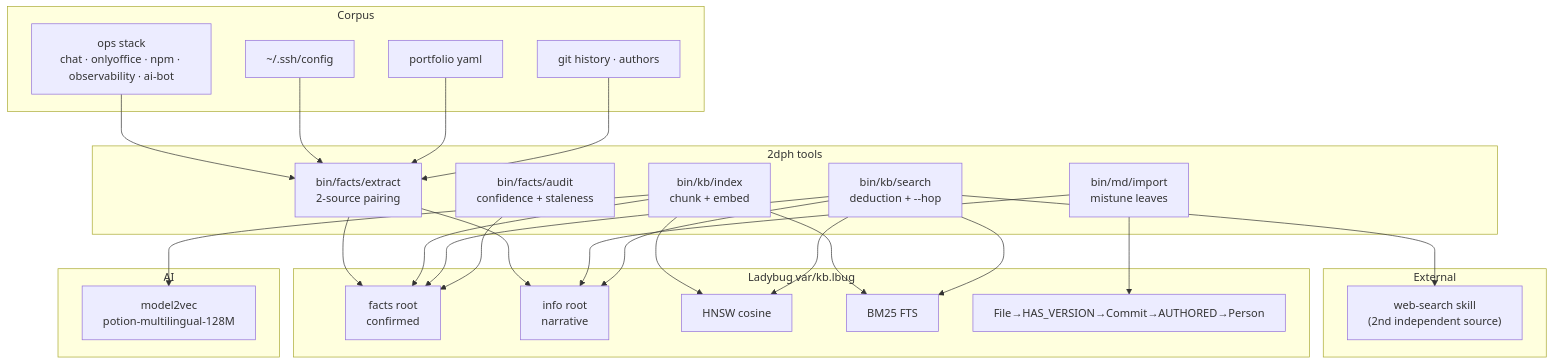
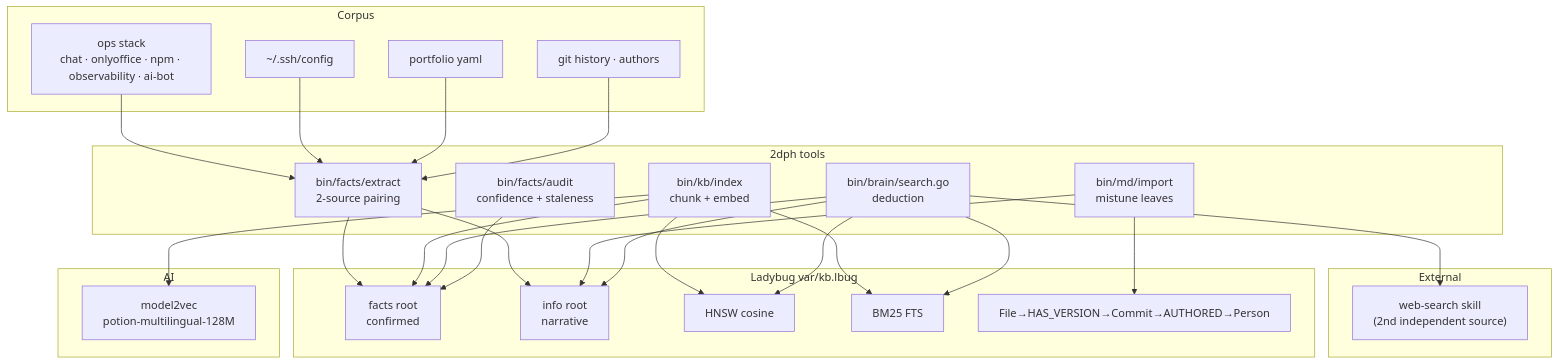
The diagram in README.md (eSlider/2dph), drawn with Mermaid before and after one commit. The commit also changed other lines of this file and 7 other files, not shown here.

First line of the commit message:
docs: name bin/brain/search.go; --hop is not a graph walk.

````diff
--- a/README.md
+++ b/README.md
@@ -21,52 +21,52 @@
 ```mermaid
 graph TB
     subgraph corpus["Corpus"]
         OPS["ops stack<br/>chat · onlyoffice · npm · observability · ai-bot"]
         SSH["~/.ssh/config"]
         CV["portfolio yaml"]
         GH["git history · authors"]
     end
 
     subgraph dph["2dph tools"]
         EX["bin/facts/extract<br/>2-source pairing"]
         AU["bin/facts/audit<br/>confidence + staleness"]
         IDX["bin/kb/index<br/>chunk + embed"]
         MD["bin/md/import<br/>mistune leaves"]
-        SR["bin/kb/search<br/>deduction + --hop"]
+        SR["bin/brain/search.go<br/>deduction"]
     end
 
     subgraph store["Ladybug var/kb.lbug"]
         FACTS["facts root<br/>confirmed"]
         INFO["info root<br/>narrative"]
         VEC["HNSW cosine"]
         FTS["BM25 FTS"]
         GR["File→HAS_VERSION→Commit→AUTHORED→Person"]
     end
 
     subgraph ai["AI"]
         M2V["model2vec<br/>potion-multilingual-128M"]
     end
 
     subgraph ext["External"]
         WS["web-search skill<br/>(2nd independent source)"]
     end
 
     OPS --> EX
     SSH --> EX
     CV --> EX
     GH --> EX
     EX --> FACTS
     EX --> INFO
     MD --> GR
     MD --> INFO
     IDX --> M2V
     IDX --> VEC
     IDX --> FTS
     IDX --> FACTS
     SR --> FACTS
     SR --> INFO
     SR --> VEC
     SR --> FTS
     SR --> WS
     AU --> FACTS
 ```
````
